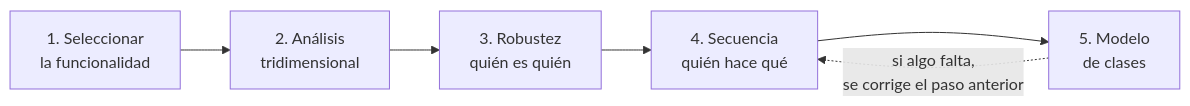
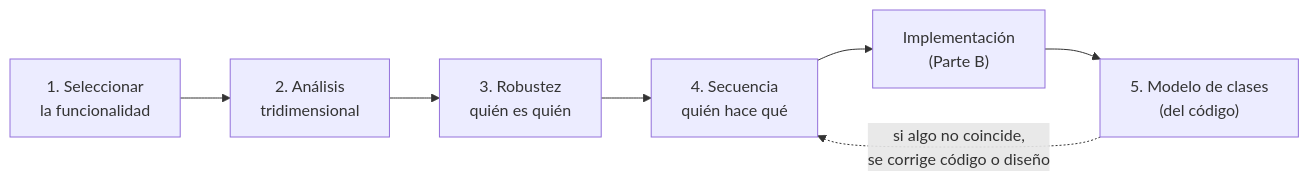
The diagram in docs/tp/tp4/tp4-referencia-teorica.md (jalbornozlaferrara/ingenieria-del-software-2026), drawn with Mermaid before and after one commit. The commit also changed other lines of this file and 2 other files, not shown here.

First line of the commit message:
docs(tp4): diagrama de clases por ingeniería inversa, complejidad ciclomática y Given-When-Then opcional

````diff
--- a/docs/tp/tp4/tp4-referencia-teorica.md
+++ b/docs/tp/tp4/tp4-referencia-teorica.md
@@ -19,8 +19,9 @@
 ```mermaid
 flowchart LR
     P1["1. Seleccionar<br/>la funcionalidad"] --> P2["2. Análisis<br/>tridimensional"]
     P2 --> P3["3. Robustez<br/>quién es quién"]
     P3 --> P4["4. Secuencia<br/>quién hace qué"]
-    P4 --> P5["5. Modelo<br/>de clases"]
-    P5 -.->|"si algo falta,<br/>se corrige el paso anterior"| P4
+    P4 --> IMP["Implementación<br/>(Parte B)"]
+    IMP --> P5["5. Modelo de clases<br/>(del código)"]
+    P5 -.->|"si algo no coincide,<br/>se corrige código o diseño"| P4
 ```
````
